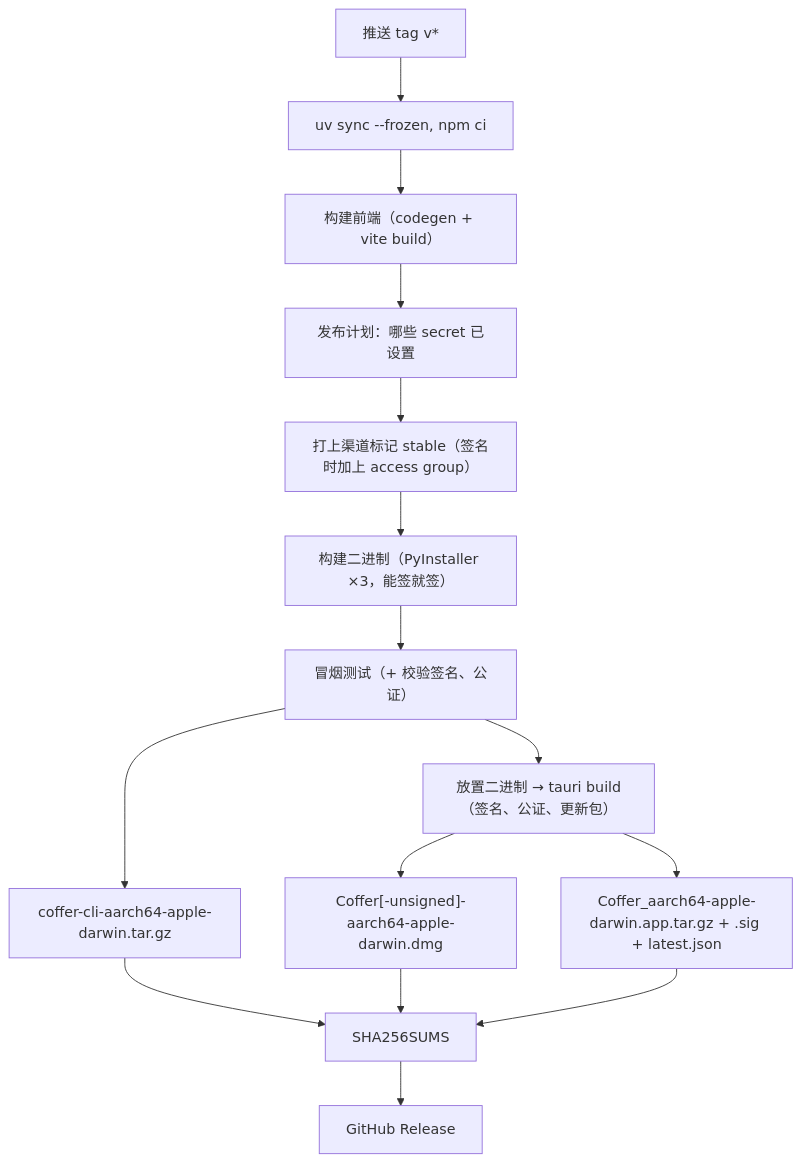
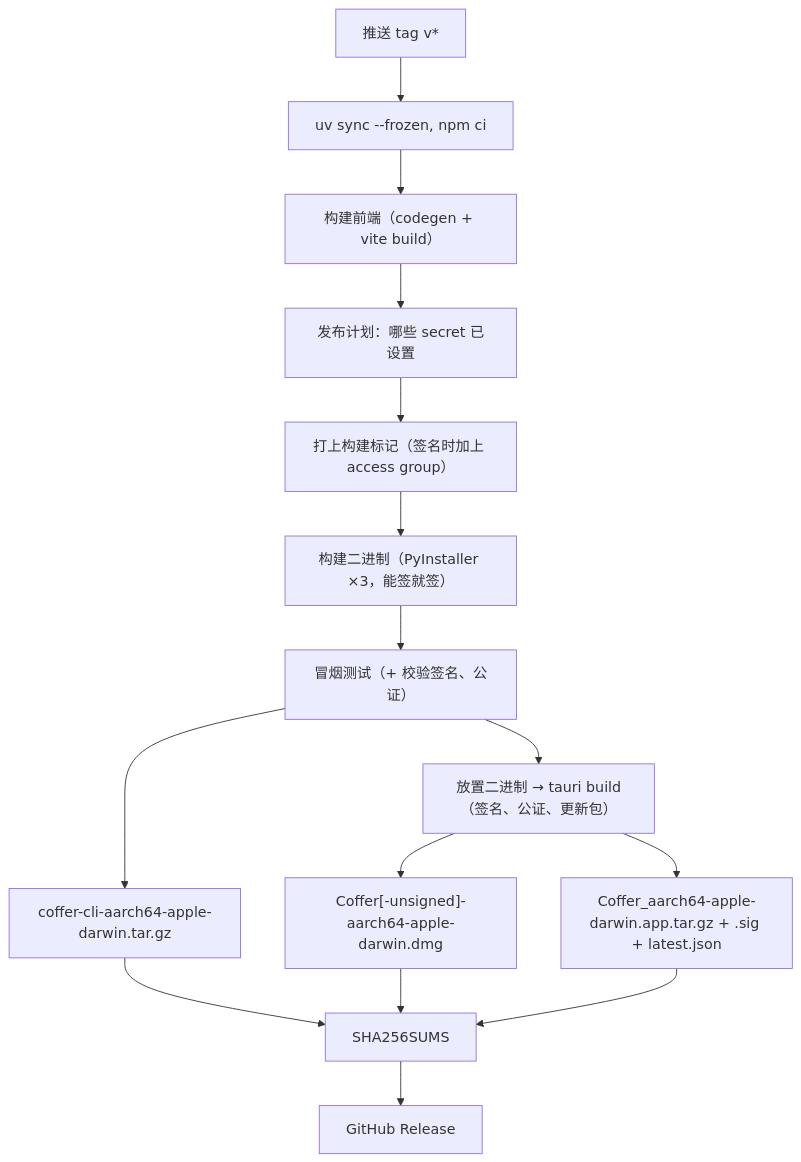
The first of 4 diagrams in docs-site/zh/architecture/distribution.md (wyx-sg/Coffer), drawn with Mermaid before and after one commit. The commit also changed other lines of this file and 1487 other files, not shown here.

````diff
--- a/docs-site/zh/architecture/distribution.md
+++ b/docs-site/zh/architecture/distribution.md
@@ -62,17 +63,17 @@
 ```mermaid
 flowchart TD
     T["推送 tag v*"] --> I["uv sync --frozen, npm ci"]
     I --> F["构建前端（codegen + vite build）"]
     F --> P["发布计划：哪些 secret 已设置"]
-    P --> S["打上渠道标记 stable（签名时加上 access group）"]
+    P --> S["打上构建标记（签名时加上 access group）"]
     S --> B["构建二进制（PyInstaller ×3，能签就签）"]
     B --> K["冒烟测试（+ 校验签名、公证）"]
     K --> A["coffer-cli-aarch64-apple-darwin.tar.gz"]
     K --> D["放置二进制 → tauri build（签名、公证、更新包）"]
     D --> G["Coffer[-unsigned]-aarch64-apple-darwin.dmg"]
     D --> U["Coffer_aarch64-apple-darwin.app.tar.gz + .sig + latest.json"]
     A --> H["SHA256SUMS"]
     G --> H
     U --> H
     H --> R["GitHub Release"]
 ```
````
